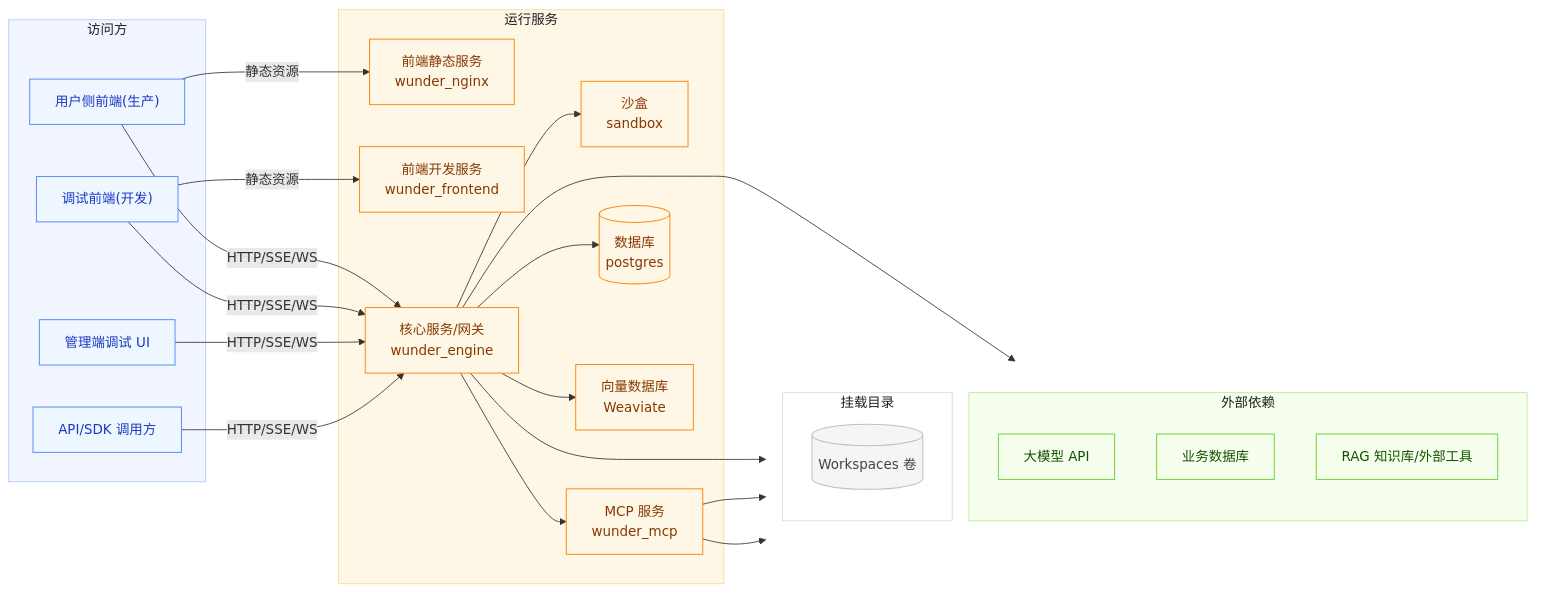
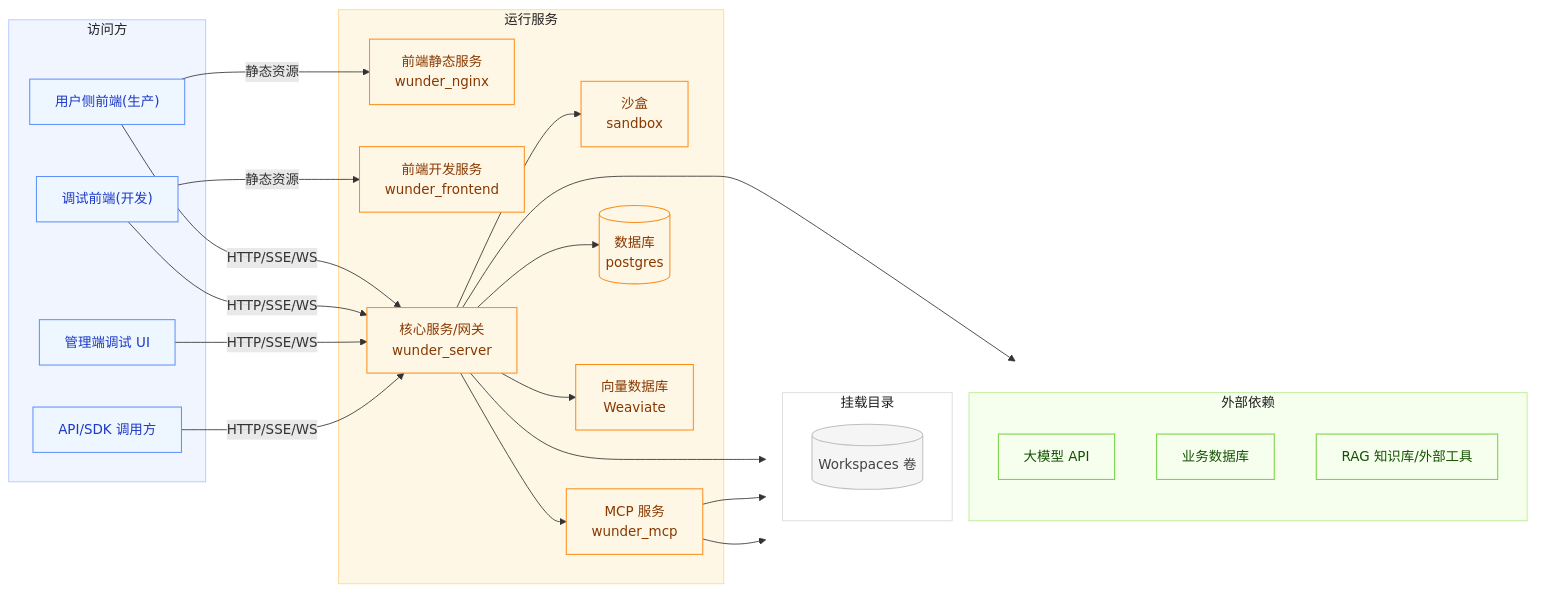
Before and after one commit to ylsdamxssjxxdd/wunder: the first of 8 diagrams in docs/架构设计.md, drawn with Mermaid. The commit also changed other lines of this file and 14 other files, not shown here.

````diff
--- a/docs/架构设计.md
+++ b/docs/架构设计.md
@@ -26,65 +26,65 @@
 ```mermaid
 flowchart LR
   subgraph Clients["访问方"]
     UserUI["用户侧前端(生产)"]
     DebugUI["调试前端(开发)"]
     AdminUI["管理端调试 UI"]
     ApiClient["API/SDK 调用方"]
   end
 
   subgraph Runtime["运行服务"]
     Nginx["前端静态服务<br/>wunder_nginx"]
     FrontendDev["前端开发服务<br/>wunder_frontend"]
-    RustAPI["核心服务/网关<br/>wunder_engine"]
+    RustAPI["核心服务/网关<br/>wunder_server"]
     Sandbox["沙盒<br/>sandbox"]
     MCP["MCP 服务<br/>wunder_mcp"]
     PG[("数据库<br/>postgres")]
     VectorDB["向量数据库<br/>Weaviate"]
   end
 
   subgraph RightSide[" "]
     direction TB
     subgraph External["外部依赖"]
       LLM["大模型 API"]
       ExtDB["业务数据库"]
       KB["RAG 知识库/外部工具"]
     end
     subgraph Mounts["挂载目录"]
       WS[("Workspaces 卷")]
     end
   end
 
   UserUI -->|静态资源| Nginx
   DebugUI -->|静态资源| FrontendDev
 
   UserUI -->|HTTP/SSE/WS| RustAPI
   DebugUI -->|HTTP/SSE/WS| RustAPI
   AdminUI -->|HTTP/SSE/WS| RustAPI
   ApiClient -->|HTTP/SSE/WS| RustAPI
 
   RustAPI --> PG
   RustAPI --> WS
   RustAPI --> LLM
   RustAPI --> VectorDB
   RustAPI --> Sandbox
   RustAPI --> MCP
 
   MCP --> ExtDB
   MCP --> KB
 
   classDef client fill:#eef6ff,stroke:#5b8ff9,stroke-width:1.2px,color:#1d39c4;
   classDef runtime fill:#fff7e6,stroke:#fa8c16,stroke-width:1.2px,color:#873800;
   classDef external fill:#f6ffed,stroke:#73d13d,stroke-width:1.2px,color:#135200;
   classDef volume fill:#f5f5f5,stroke:#bfbfbf,stroke-width:1.2px,color:#434343;
 
   class UserUI,DebugUI,AdminUI,ApiClient client;
   class Nginx,FrontendDev,RustAPI,Sandbox,MCP,PG,VectorDB runtime;
   class LLM,ExtDB,KB external;
   class WS volume;
 
   style Clients fill:#f0f5ff,stroke:#adc6ff,stroke-width:1px,color:#1f1f1f;
   style Runtime fill:#fff7e6,stroke:#ffd591,stroke-width:1px,color:#1f1f1f;
   style External fill:#f6ffed,stroke:#b7eb8f,stroke-width:1px,color:#1f1f1f;
   style Mounts fill:#ffffff,stroke:#d9d9d9,stroke-width:1px,color:#1f1f1f;
   style RightSide fill:transparent,stroke:transparent,color:transparent;
 ```
````
